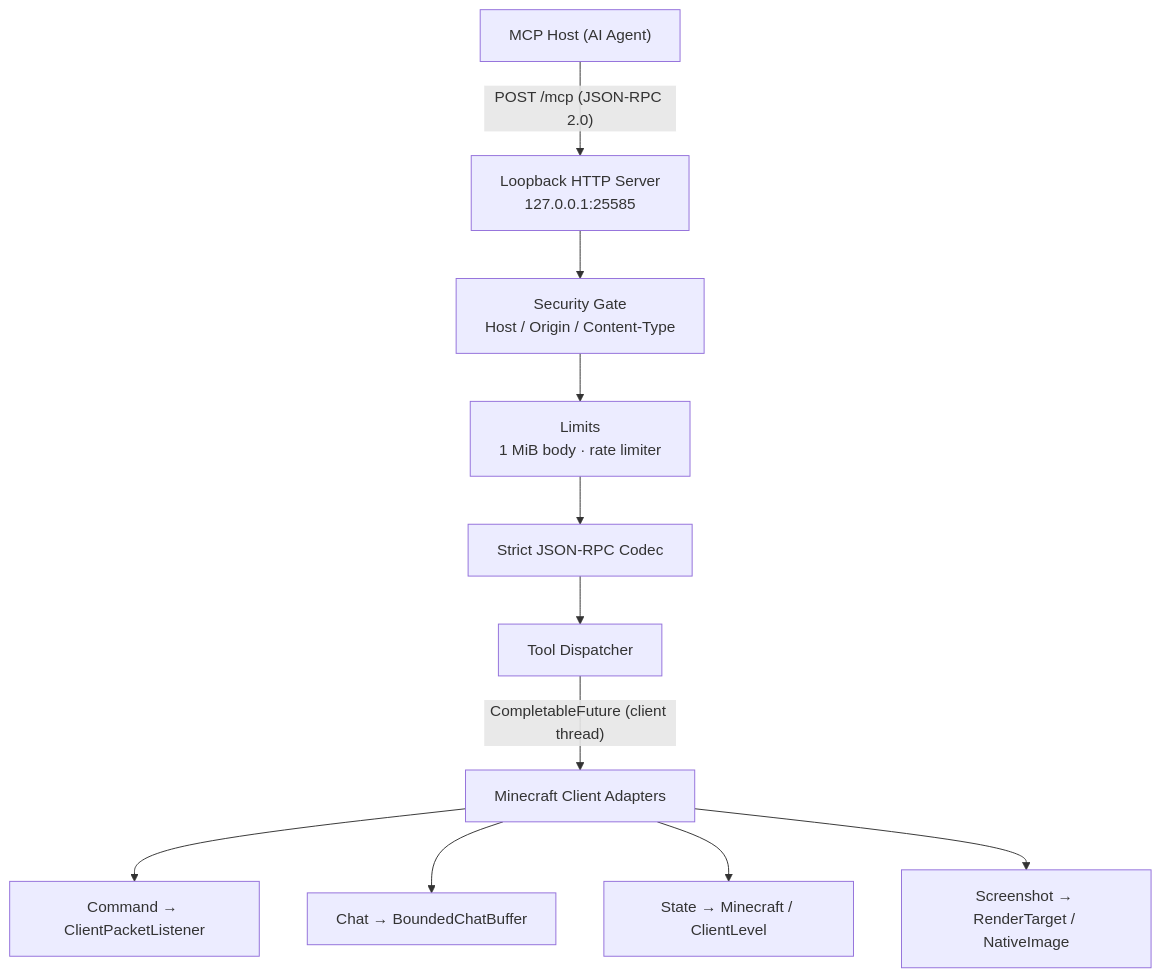
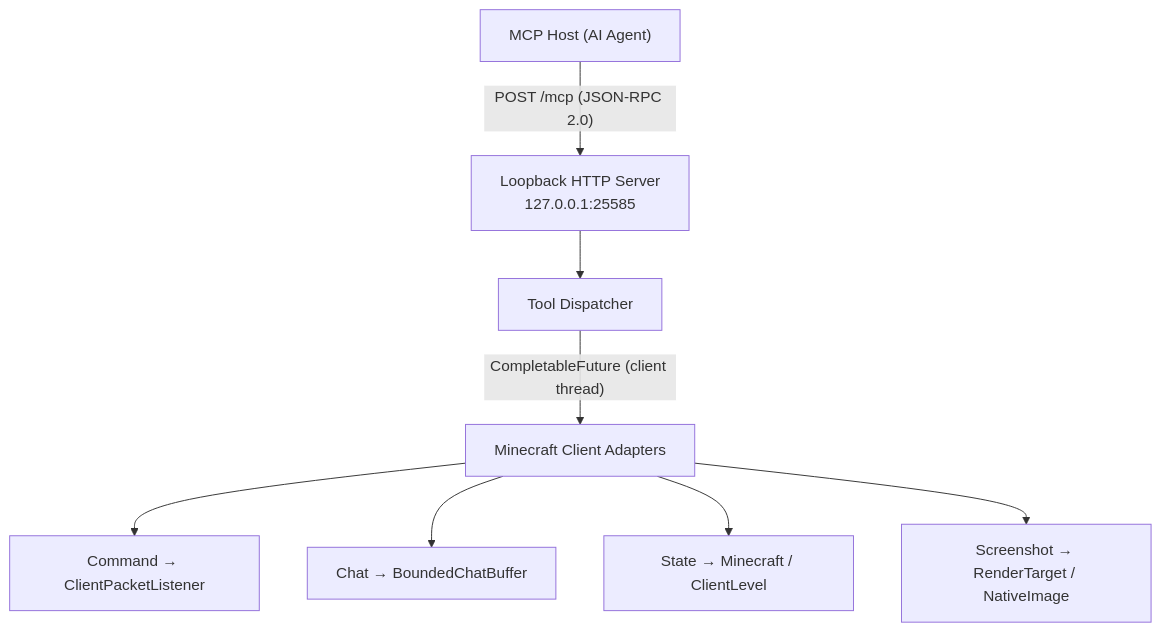
One commit to laiaqwq/mcmcp changed the diagram in README.md. Above: the diagram before and after it, drawn with Mermaid. The commit also changed other lines of this file and 1 other file, not shown here.

Commit message:
docs: simplify architecture diagram, fix prerequisites links
- Remove Security Gate / Limits / Codec nodes from mermaid diagram,
  keeping only Host → Server → Dispatcher → Adapters flow
- Remove Java 25 from user-facing prerequisites (only needed for build)
- Link Fabric Loader to official installation guide
- Apply same changes to Chinese README

Generated with [Devin](https://devin.ai)

````diff
--- a/README.md
+++ b/README.md
@@ -43,22 +43,19 @@
 ```mermaid
 flowchart TD
     Host["MCP Host (AI Agent)"]
     Server["Loopback HTTP Server<br/>127.0.0.1:25585"]
-    Gate["Security Gate<br/>Host / Origin / Content-Type"]
-    Limits["Limits<br/>1 MiB body · rate limiter"]
-    Codec["Strict JSON-RPC Codec"]
     Dispatch["Tool Dispatcher"]
     Adapters["Minecraft Client Adapters"]
     Cmd["Command → ClientPacketListener"]
     Chat["Chat → BoundedChatBuffer"]
     State["State → Minecraft / ClientLevel"]
     Shot["Screenshot → RenderTarget / NativeImage"]
 
     Host -- "POST /mcp (JSON-RPC 2.0)" --> Server
-    Server --> Gate --> Limits --> Codec --> Dispatch
+    Server --> Dispatch
     Dispatch -- "CompletableFuture (client thread)" --> Adapters
     Adapters --> Cmd
     Adapters --> Chat
     Adapters --> State
     Adapters --> Shot
 ```
````
